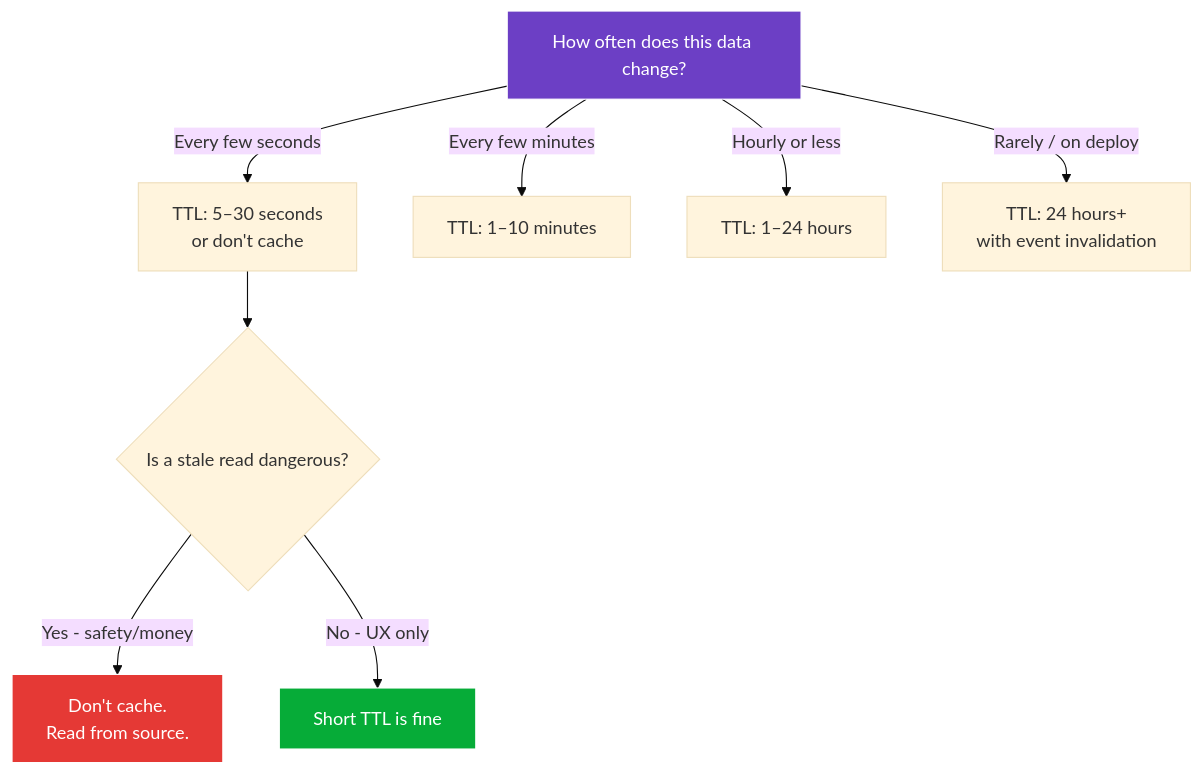
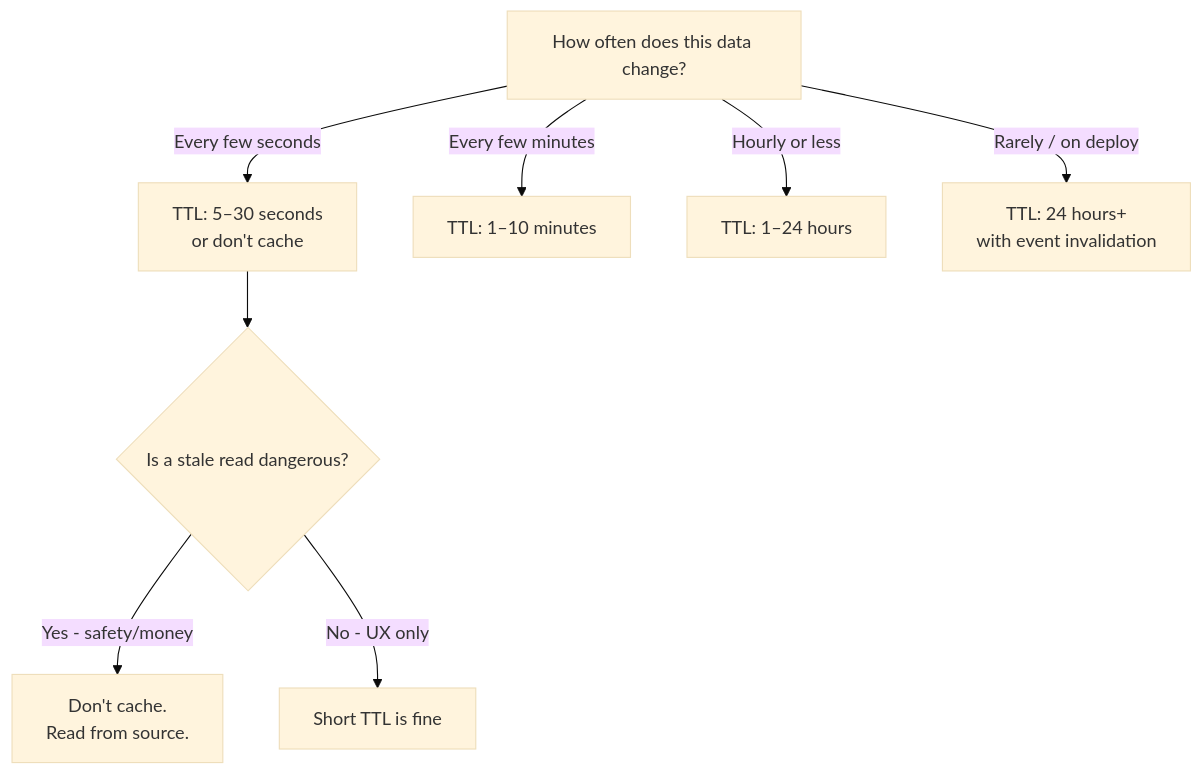
The second of 4 diagrams in 06-developer-guides/08-cache-patterns.md (rishikeshdhokare/platform-manifesto), drawn with Mermaid (base theme) before and after one commit. The commit also changed other lines of this file and 14 other files, not shown here.

First line of the commit message:
fix: remove mermaid style directives (119 lines across 15 files)

````diff
--- a/06-developer-guides/08-cache-patterns.md
+++ b/06-developer-guides/08-cache-patterns.md
@@ -129,15 +126,12 @@
 ```mermaid
 flowchart TD
     A[How often does this data change?] -->|Every few seconds| B[TTL: 5–30 seconds\nor don't cache]
     A -->|Every few minutes| C[TTL: 1–10 minutes]
     A -->|Hourly or less| D[TTL: 1–24 hours]
     A -->|Rarely / on deploy| E[TTL: 24 hours+\nwith event invalidation]
 
     B --> F{Is a stale read dangerous?}
     F -->|Yes - safety/money| G[Don't cache.\nRead from source.]
     F -->|No - UX only| H[Short TTL is fine]
 
-    style A fill:#6C3FC5,stroke:#fff,color:#fff
-    style G fill:#E53935,stroke:#fff,color:#fff
-    style H fill:#06AC38,stroke:#fff,color:#fff
 ```
````
